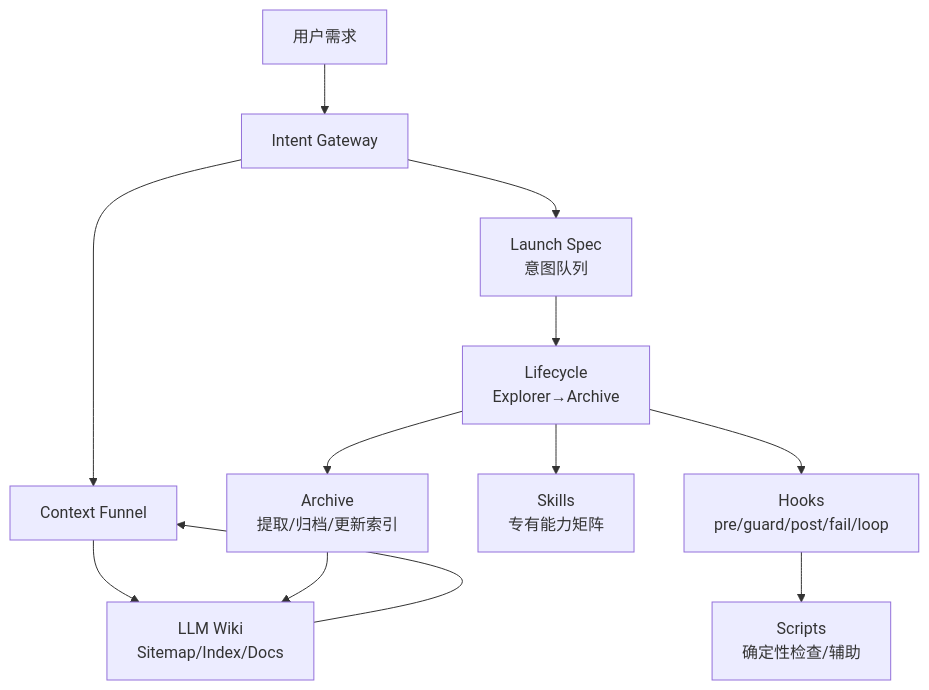
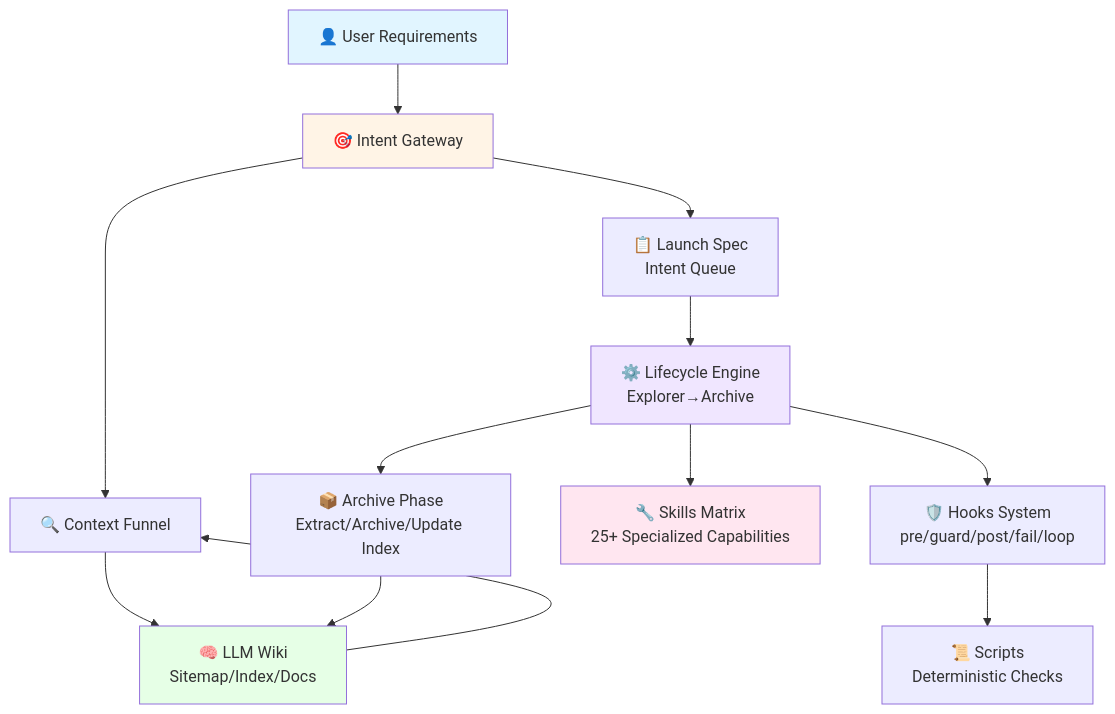
One commit to listener-He/java-harness-agent changed the first of 4 diagrams in README.md. Above: the diagram before and after it, drawn with Mermaid. The commit also changed other lines of this file and 1 other file, not shown here.

````diff
--- a/README.md
+++ b/README.md
@@ -108,14 +36,20 @@
 ```mermaid
 flowchart TB
-  User[用户需求] --> IG[Intent Gateway]
-  IG --> CF[Context Funnel]
-  CF --> Wiki[LLM Wiki\nSitemap/Index/Docs]
-  IG --> LS[Launch Spec\n意图队列]
-  LS --> LC[Lifecycle\nExplorer→Archive]
-  LC --> HK[Hooks\npre/guard/post/fail/loop]
-  LC --> Skills[Skills\n专有能力矩阵]
-  HK --> Scripts[Scripts\n确定性检查/辅助]
-  LC --> Archive[Archive\n提取/归档/更新索引]
-  Archive --> Wiki
-  Wiki --> CF
+    User[👤 User Requirements] --> IG[🎯 Intent Gateway]
+    IG --> CF[🔍 Context Funnel]
+    CF --> Wiki[🧠 LLM Wiki<br/>Sitemap/Index/Docs]
+    IG --> LS[📋 Launch Spec<br/>Intent Queue]
+    LS --> LC[⚙️ Lifecycle Engine<br/>Explorer→Archive]
+    LC --> HK[🛡️ Hooks System<br/>pre/guard/post/fail/loop]
+    LC --> Skills[🔧 Skills Matrix<br/>25+ Specialized Capabilities]
+    HK --> Scripts[📜 Scripts<br/>Deterministic Checks]
+    LC --> Archive[📦 Archive Phase<br/>Extract/Archive/Update Index]
+    Archive --> Wiki
+    Wiki --> CF
+    
+    style User fill:#e1f5ff
+    style IG fill:#fff4e6
+    style LC fill:#f0e6ff
+    style Wiki fill:#e6ffe6
+    style Skills fill:#ffe6f0
 ```
````
